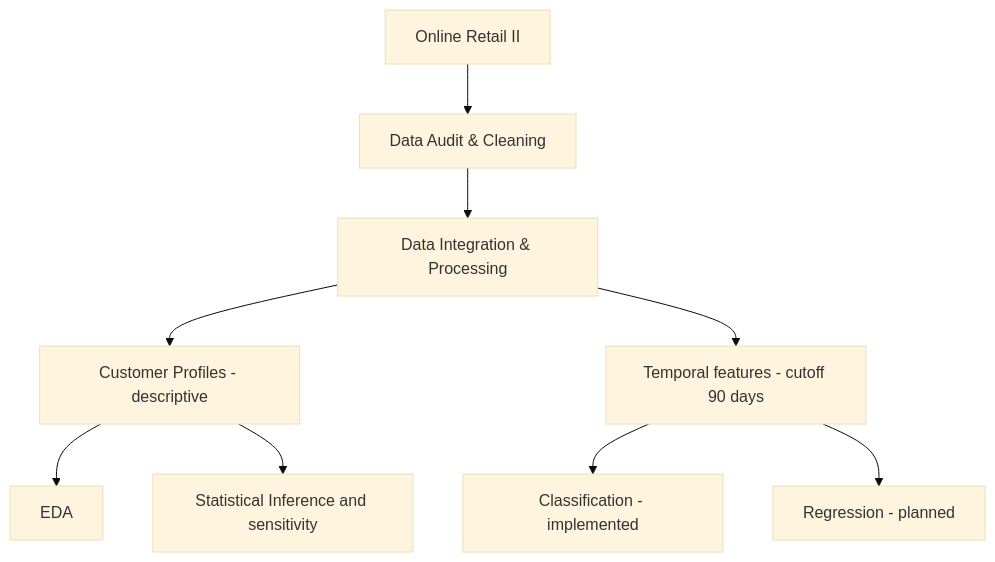
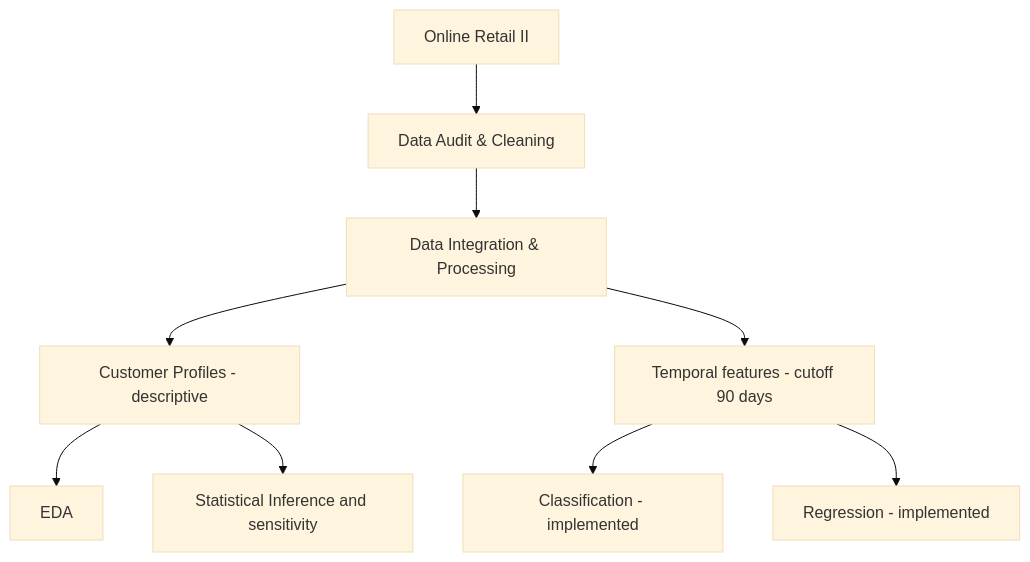
The diagram in README.md (huybel2012/ecommerce-behavior-analysis), drawn with Mermaid (base theme) before and after one commit. The commit also changed other lines of this file and 14 other files, not shown here.

````diff
--- a/README.md
+++ b/README.md
@@ -56,11 +56,11 @@
 ```mermaid
 flowchart TD
     A[Online Retail II] --> B[Data Audit & Cleaning]
     B --> C[Data Integration & Processing]
     C --> D[Customer Profiles - descriptive]
     D --> E[EDA]
     D --> F[Statistical Inference and sensitivity]
     C --> T[Temporal features - cutoff 90 days]
     T --> G[Classification - implemented]
-    T --> H[Regression - planned]
+    T --> H[Regression - implemented]
 ```
````
